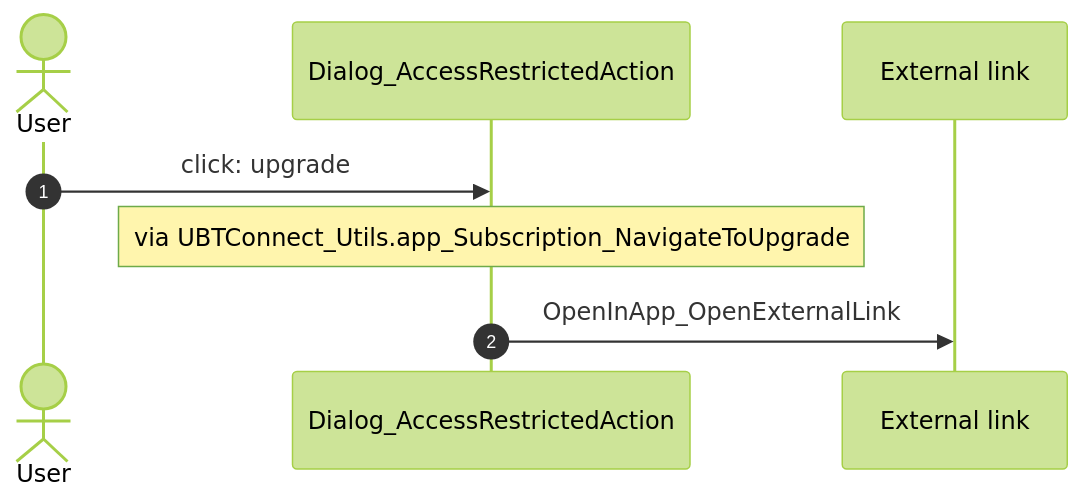
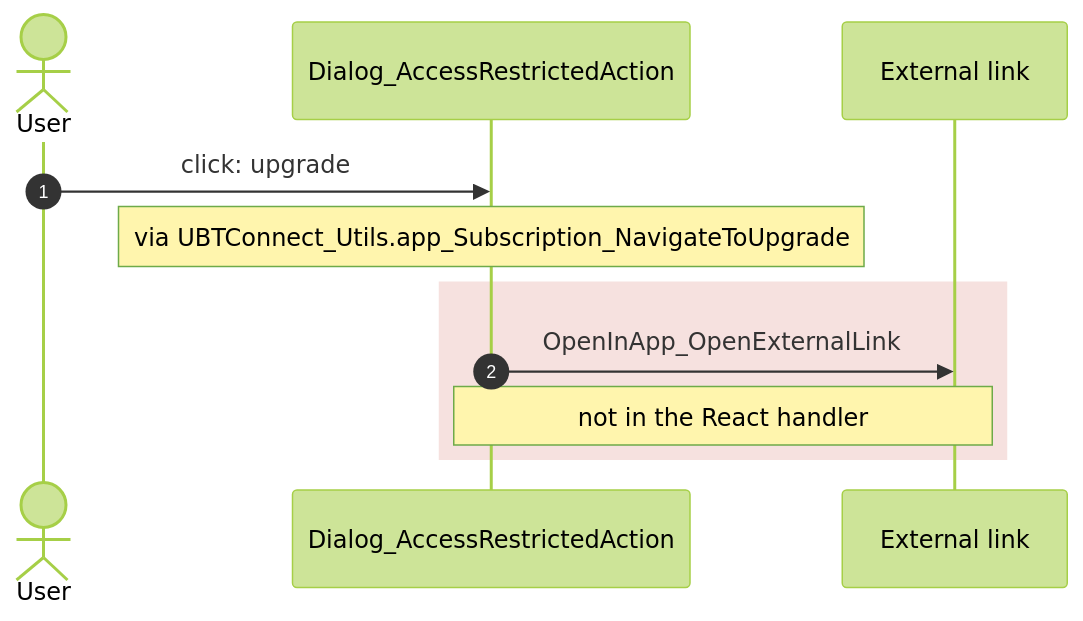
Before and after one commit to Phoenix-DX/connect-new-ui: the second of 15 diagrams in migration/route-actions/APP_SHELL.md, drawn with Mermaid (forest theme). The commit also changed other lines of this file and 90 other files, not shown here.

Commit message:
route actions: React sequence diagram per user action next to OutSystems, differences in red; React handlers read branch by branch and matched by comment, name and block; white SVG background; all SVGs of a file in one browser (HomeFeed 67 s to 14 s)

````diff
--- a/migration/route-actions/APP_SHELL.md
+++ b/migration/route-actions/APP_SHELL.md
@@ -131,10 +139,13 @@
 ```mermaid
 sequenceDiagram
   autonumber
   actor U as User
   participant B as Dialog_AccessRestrictedAction
   participant X as External link
   U->>B: click: upgrade
   Note over B: via UBTConnect_Utils.app_Subscription_NavigateToUpgrade
+  rect rgba(192, 57, 43, 0.15)
   B->>X: OpenInApp_OpenExternalLink
+  Note over B,X: not in the React handler
+  end
 ```
````
